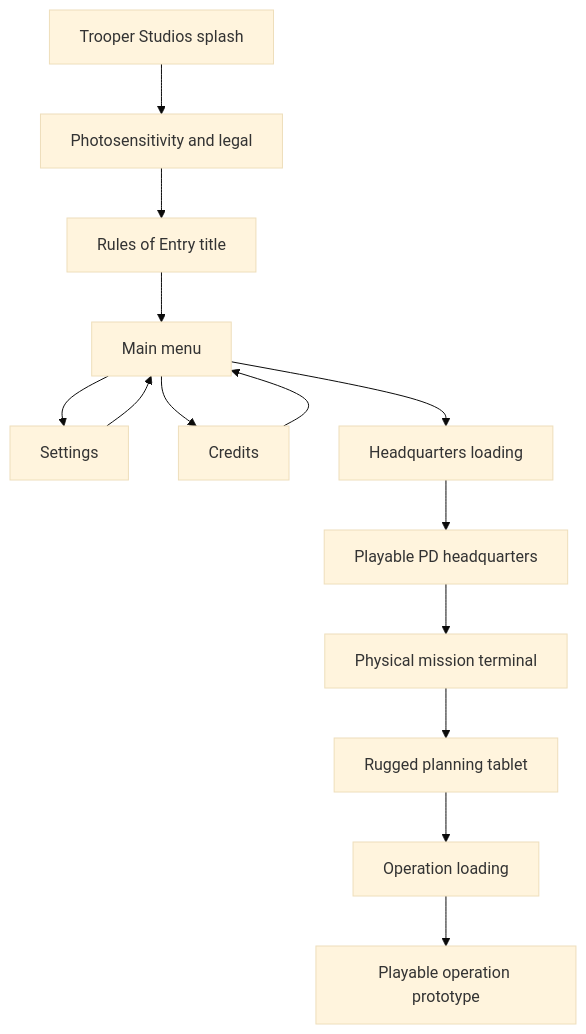
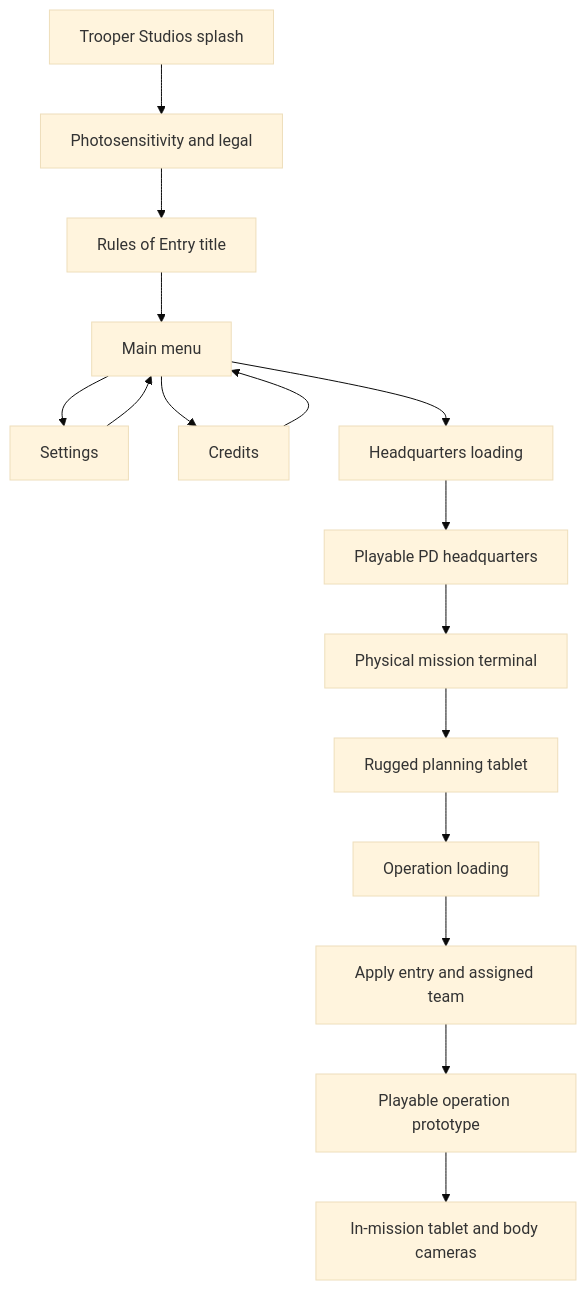
One commit to jaychase464-maker/RoE-v3 changed the diagram in SYSTEM_MAP.md. Above: the diagram before and after it, drawn with Mermaid (base theme). The commit also changed other lines of this file and 34 other files, not shown here.

Commit message:
Checkpoint Milestone 6 deployment and body camera tablet

````diff
--- a/SYSTEM_MAP.md
+++ b/SYSTEM_MAP.md
@@ -18,16 +28,18 @@
 ```mermaid
 flowchart TD
     Splash[Trooper Studios splash] --> Warning[Photosensitivity and legal]
     Warning --> Title[Rules of Entry title]
     Title --> Menu[Main menu]
     Menu --> Settings[Settings]
     Menu --> Credits[Credits]
     Settings --> Menu
     Credits --> Menu
     Menu --> HubLoad[Headquarters loading]
     HubLoad --> HQ[Playable PD headquarters]
     HQ --> Terminal[Physical mission terminal]
     Terminal --> Tablet[Rugged planning tablet]
     Tablet --> MissionLoad[Operation loading]
-    MissionLoad --> Prototype[Playable operation prototype]
+    MissionLoad --> Deploy[Apply entry and assigned team]
+    Deploy --> Prototype[Playable operation prototype]
+    Prototype --> OpTablet[In-mission tablet and body cameras]
 ```
````
